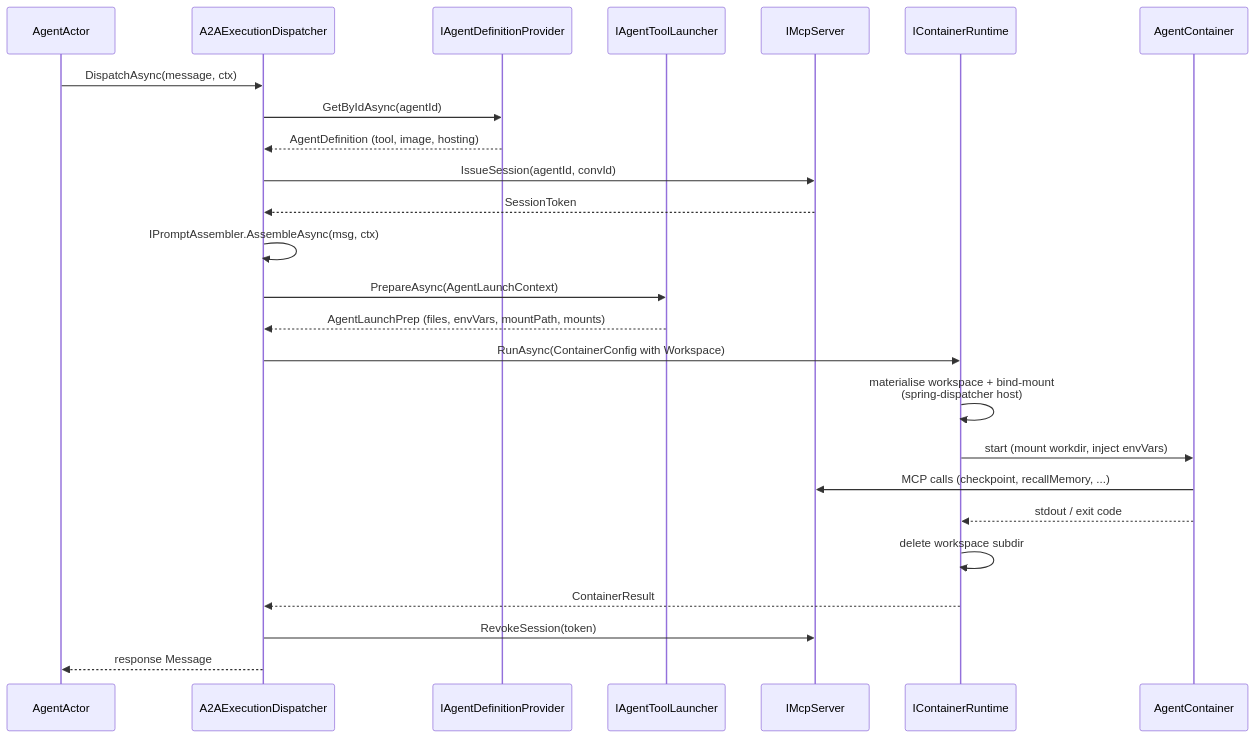
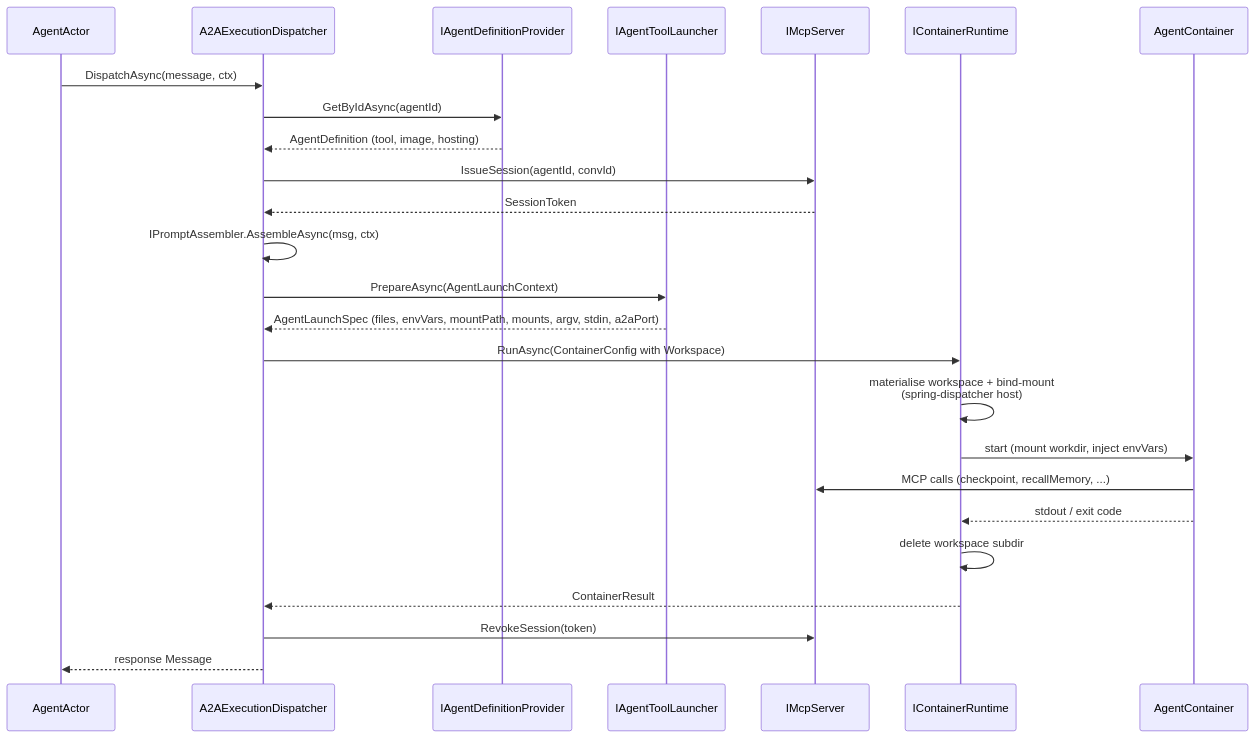
Before and after one commit to cvoya-com/spring-voyage: the first of 2 diagrams in docs/architecture/workflows.md, drawn with Mermaid. The commit also changed other lines of this file and 21 other files, not shown here.

First line of the commit message:
feat(execution): unify agent launcher contract on AgentLaunchSpec (#1093) (#1103)

````diff
--- a/docs/architecture/workflows.md
+++ b/docs/architecture/workflows.md
@@ -155,28 +155,28 @@
 ```mermaid
 sequenceDiagram
     participant A as AgentActor
     participant Disp as A2AExecutionDispatcher
     participant Prov as IAgentDefinitionProvider
     participant Launcher as IAgentToolLauncher
     participant MCP as IMcpServer
     participant Runtime as IContainerRuntime
     participant Container as AgentContainer
 
     A->>Disp: DispatchAsync(message, ctx)
     Disp->>Prov: GetByIdAsync(agentId)
     Prov-->>Disp: AgentDefinition (tool, image, hosting)
     Disp->>MCP: IssueSession(agentId, convId)
     MCP-->>Disp: SessionToken
     Disp->>Disp: IPromptAssembler.AssembleAsync(msg, ctx)
     Disp->>Launcher: PrepareAsync(AgentLaunchContext)
-    Launcher-->>Disp: AgentLaunchPrep (files, envVars, mountPath, mounts)
+    Launcher-->>Disp: AgentLaunchSpec (files, envVars, mountPath, mounts, argv, stdin, a2aPort)
     Disp->>Runtime: RunAsync(ContainerConfig with Workspace)
     Runtime->>Runtime: materialise workspace + bind-mount<br/>(spring-dispatcher host)
     Runtime->>Container: start (mount workdir, inject envVars)
     Container->>MCP: MCP calls (checkpoint, recallMemory, ...)
     Container-->>Runtime: stdout / exit code
     Runtime->>Runtime: delete workspace subdir
     Runtime-->>Disp: ContainerResult
     Disp->>MCP: RevokeSession(token)
     Disp-->>A: response Message
 ```
````
